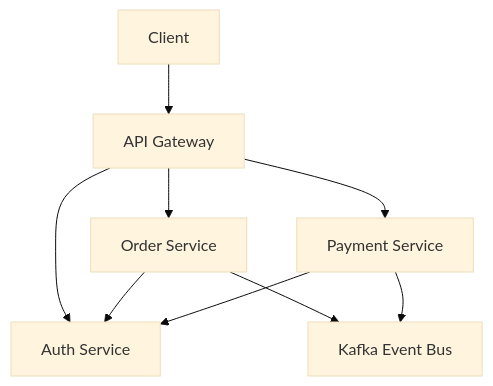
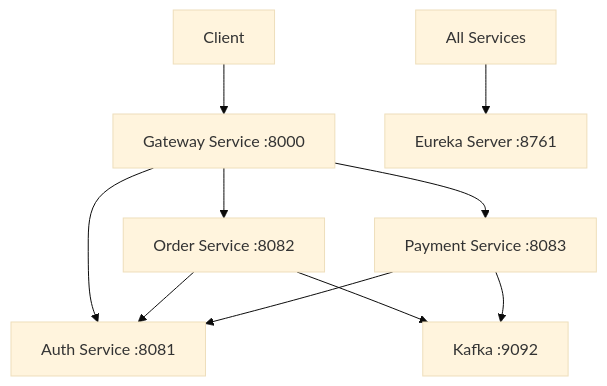
The first of 2 diagrams in README.md (yongchulShin/order-payment-ms), drawn with Mermaid (base theme) before and after one commit. The commit also changed other lines of this file and 4 other files, not shown here.

````diff
--- a/README.md
+++ b/README.md
@@ -33,11 +46,12 @@
 ```mermaid
 graph TD
-    Client[Client] --> Gateway[API Gateway]
-    Gateway --> Auth[Auth Service]
-    Gateway --> Order[Order Service]
-    Gateway --> Payment[Payment Service]
-    Order --> Kafka[Kafka Event Bus]
+    Client[Client] --> Gateway[Gateway Service :8000]
+    Gateway --> Auth[Auth Service :8081]
+    Gateway --> Order[Order Service :8082]
+    Gateway --> Payment[Payment Service :8083]
+    Order --> Kafka[Kafka :9092]
     Payment --> Kafka
     Order --> Auth
     Payment --> Auth
+    All[All Services] --> Eureka[Eureka Server :8761]
 ```
````
